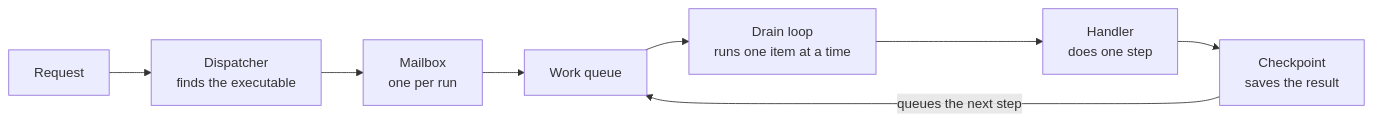
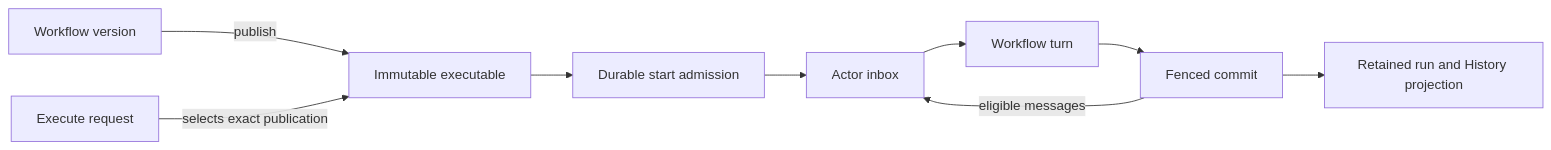
One commit to elsa-workflows/elsa-foundation changed the diagram in docs/how-a-workflow-executes.md. Above: the diagram before and after it, drawn with Mermaid. The commit also changed other lines of this file and 5 other files, not shown here.

````diff
--- a/docs/how-a-workflow-executes.md
+++ b/docs/how-a-workflow-executes.md
@@ -13,10 +10,11 @@
 ```mermaid
 flowchart LR
-    R[Request] --> D[Dispatcher<br/>finds the executable]
-    D --> M[Mailbox<br/>one per run]
-    M --> Q[Work queue]
-    Q --> L[Drain loop<br/>runs one item at a time]
-    L --> H[Handler<br/>does one step]
-    H --> C[Checkpoint<br/>saves the result]
-    C -->|queues the next step| Q
+    D[Workflow version] -->|publish| X[Immutable executable]
+    R[Execute request] -->|selects exact publication| X
+    X --> A[Durable start admission]
+    A --> I[Actor inbox]
+    I --> T[Workflow turn]
+    T --> C[Fenced commit]
+    C -->|eligible messages| I
+    C --> P[Retained run and History projection]
 ```
````
